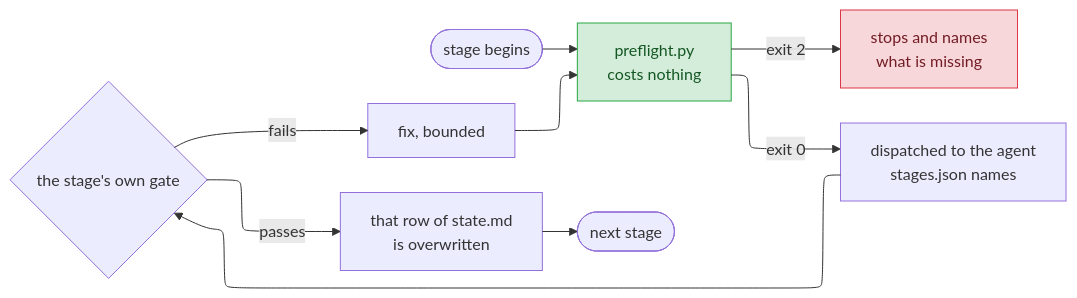
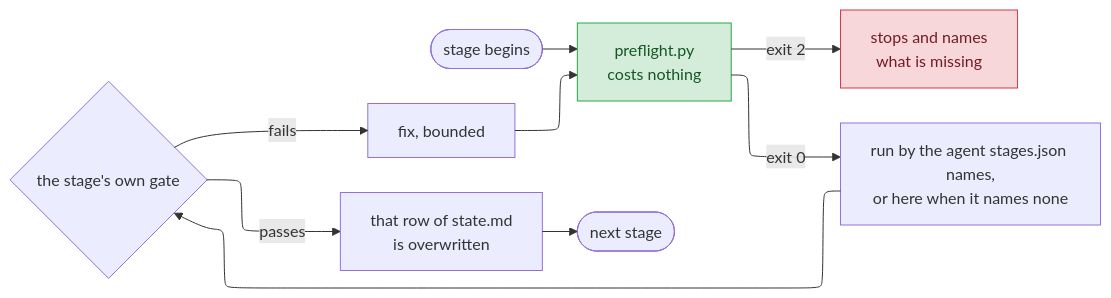
The diagram in MANUAL.md (millerlai/claude-all-in-one), drawn with Mermaid before and after one commit. The commit also changed 8 other files, not shown here.

````diff
--- a/MANUAL.md
+++ b/MANUAL.md
@@ -45,21 +45,21 @@
 ```mermaid
 ---
 config:
   flowchart:
     defaultRenderer: "elk"
 ---
 flowchart LR
     S(["stage begins"]) --> P["preflight.py <stage><br/>costs nothing"]
     P -->|"exit 2"| B["stops and names<br/>what is missing"]
-    P -->|"exit 0"| D["dispatched to the agent<br/>stages.json names"]
+    P -->|"exit 0"| D["run by the agent stages.json names,<br/>or here when it names none"]
     D --> G{"the stage's own gate"}
     G -->|"fails"| F["fix, bounded"]
     F --> P
     G -->|"passes"| W["that row of state.md<br/>is overwritten"]
     W --> N(["next stage"])
 
     classDef stop fill:#f8d7da,stroke:#dc3545,color:#721c24
     classDef free fill:#d4edda,stroke:#28a745,color:#155724
     class B stop
     class P free
 ```
````
